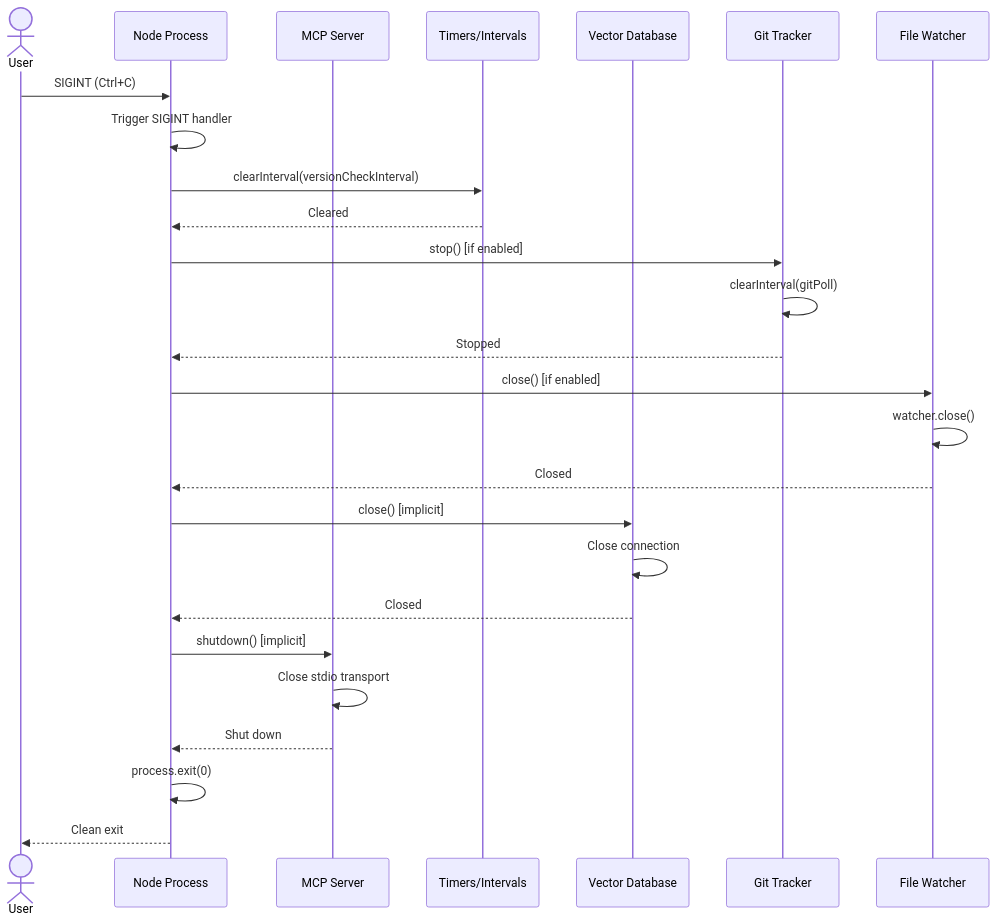
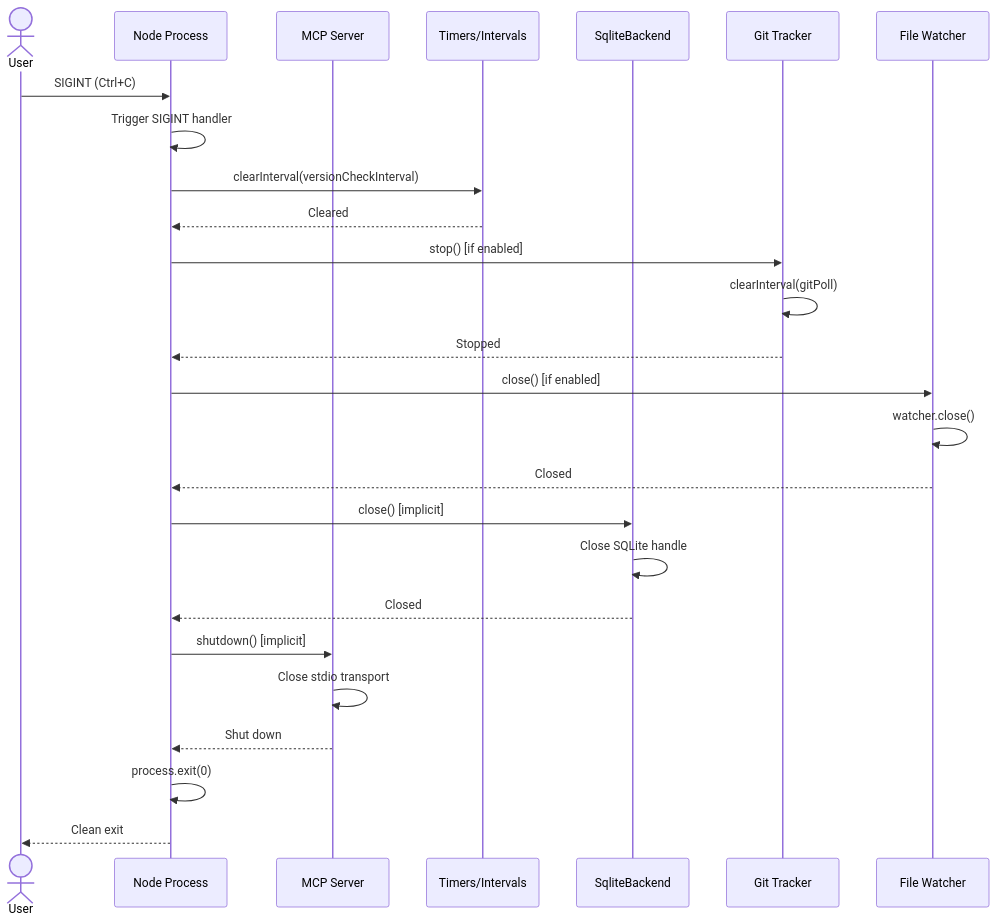
Before and after one commit to getlien/lien: the sixth of 6 diagrams in docs/architecture/mcp-server-flow.md, drawn with Mermaid. The commit also changed other lines of this file and 132 other files, not shown here.

````diff
--- a/docs/architecture/mcp-server-flow.md
+++ b/docs/architecture/mcp-server-flow.md
@@ -495,35 +458,35 @@
 ```mermaid
 sequenceDiagram
     actor User
     participant Process as Node Process
     participant MCP as MCP Server
     participant Intervals as Timers/Intervals
-    participant VectorDB as Vector Database
+    participant Store as SqliteBackend
     participant Git as Git Tracker
     participant Watcher as File Watcher
     
     User->>Process: SIGINT (Ctrl+C)
     Process->>Process: Trigger SIGINT handler
     
     Process->>Intervals: clearInterval(versionCheckInterval)
     Intervals-->>Process: Cleared
     
     Process->>Git: stop() [if enabled]
     Git->>Git: clearInterval(gitPoll)
     Git-->>Process: Stopped
     
     Process->>Watcher: close() [if enabled]
     Watcher->>Watcher: watcher.close()
     Watcher-->>Process: Closed
     
-    Process->>VectorDB: close() [implicit]
-    VectorDB->>VectorDB: Close connection
-    VectorDB-->>Process: Closed
+    Process->>Store: close() [implicit]
+    Store->>Store: Close SQLite handle
+    Store-->>Process: Closed
     
     Process->>MCP: shutdown() [implicit]
     MCP->>MCP: Close stdio transport
     MCP-->>Process: Shut down
     
     Process->>Process: process.exit(0)
     Process-->>User: Clean exit
 ```
````
